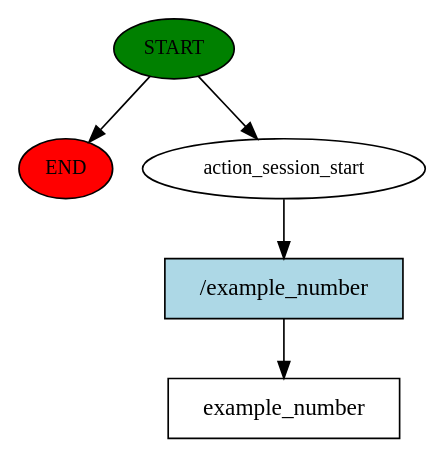
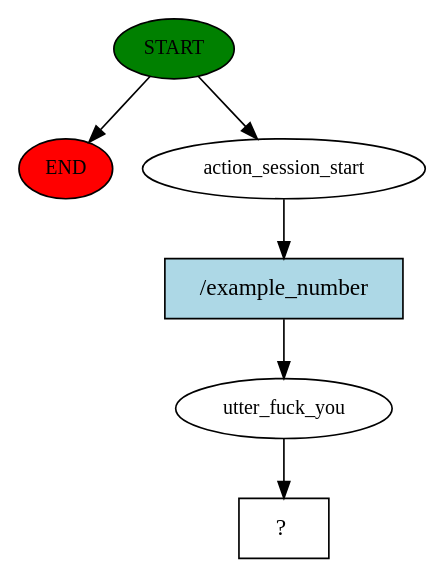
One commit to kaengurubeutel/RASA changed the diagram in story_graph.dot. Above: the diagram before and after it, drawn with Graphviz. The commit also changed 46 other files, not shown here.

```diff
--- a/story_graph.dot
+++ b/story_graph.dot
@@ -1,11 +1,13 @@
 digraph  {
 0 [class="start active", fillcolor=green, fontsize=12, label=START, style=filled];
 "-1" [class=end, fillcolor=red, fontsize=12, label=END, style=filled];
 1 [class=active, fontsize=12, label=action_session_start];
-2 [class="intent dashed active", label=example_number, shape=rect];
-3 [class="intent active", fillcolor=lightblue, label="/example_number", shape=rect, style=filled];
+2 [class=active, fontsize=12, label=utter_fuck_you];
+3 [class="intent dashed active", label="  ?  ", shape=rect];
+4 [class="intent active", fillcolor=lightblue, label="/example_number", shape=rect, style=filled];
 0 -> "-1"  [class="", key=NONE, label=""];
 0 -> 1  [class=active, key=NONE, label=""];
-1 -> 3  [class=active, key=0];
-3 -> 2  [class=active, key=0];
+1 -> 4  [class=active, key=0];
+2 -> 3  [class=active, key=NONE, label=""];
+4 -> 2  [class=active, key=0];
 }
```
